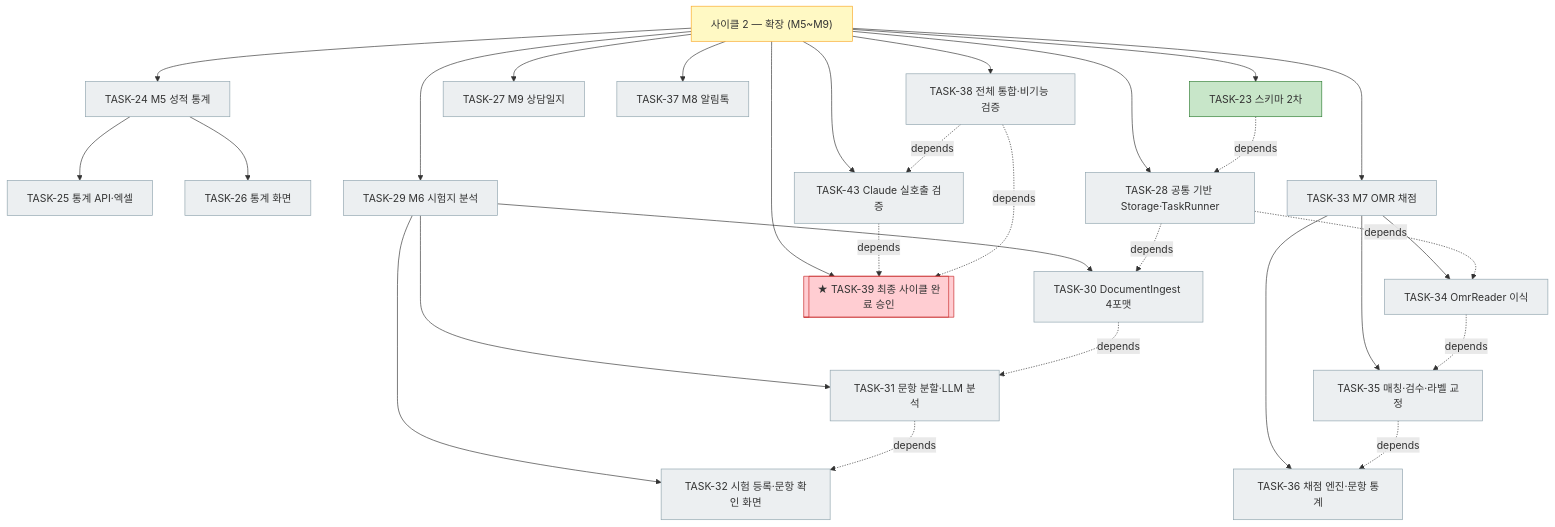
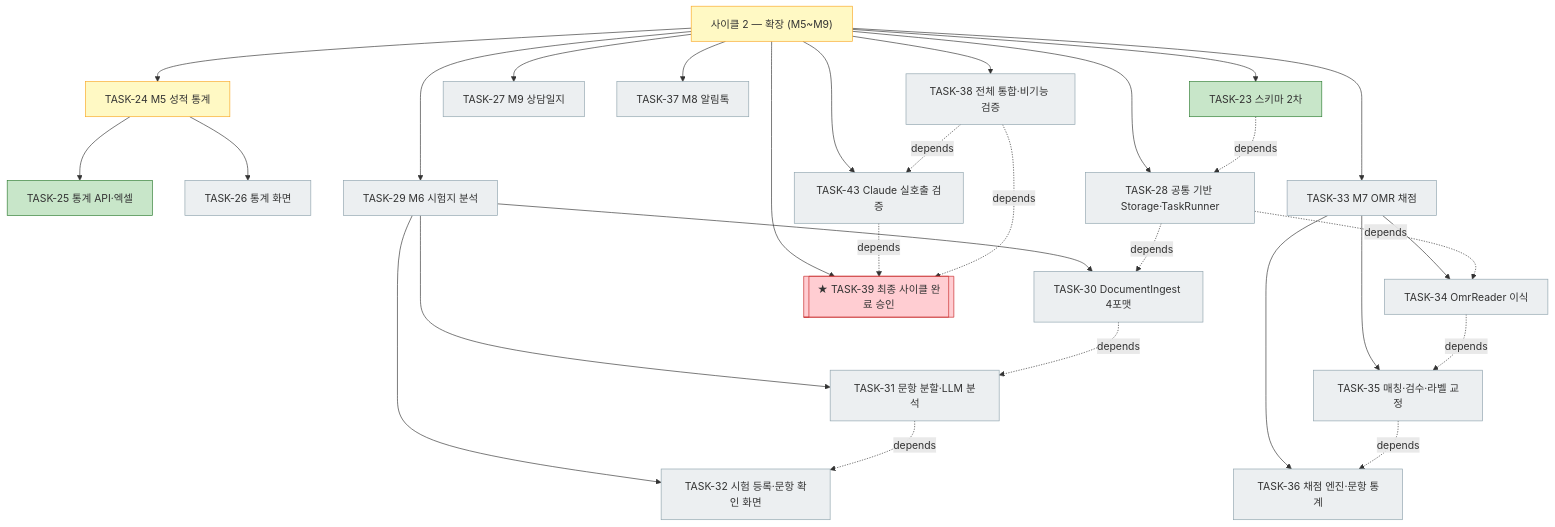
One commit to bluesky5008/mathdesk changed the third of 4 diagrams in docs/plan.md. Above: the diagram before and after it, drawn with Mermaid. The commit also changed other lines of this file and 5 other files, not shown here.

First line of the commit message:
feat(api): TASK-25 통계 집계 API와 엑셀 내보내기

````diff
--- a/docs/plan.md
+++ b/docs/plan.md
@@ -184,36 +184,36 @@
 ```mermaid
 flowchart TD
     C2["사이클 2 — 확장 (M5~M9)"]:::active
     C2 --> T23["TASK-23 스키마 2차"]:::done
-    C2 --> T24["TASK-24 M5 성적 통계"]:::todo
-    T24 --> T25["TASK-25 통계 API·엑셀"]:::todo
+    C2 --> T24["TASK-24 M5 성적 통계"]:::active
+    T24 --> T25["TASK-25 통계 API·엑셀"]:::done
     T24 --> T26["TASK-26 통계 화면"]:::todo
     C2 --> T27["TASK-27 M9 상담일지"]:::todo
     C2 --> T28["TASK-28 공통 기반 Storage·TaskRunner"]:::todo
     C2 --> T29["TASK-29 M6 시험지 분석"]:::todo
     T29 --> T30["TASK-30 DocumentIngest 4포맷"]:::todo
     T29 --> T31["TASK-31 문항 분할·LLM 분석"]:::todo
     T29 --> T32["TASK-32 시험 등록·문항 확인 화면"]:::todo
     C2 --> T33["TASK-33 M7 OMR 채점"]:::todo
     T33 --> T34["TASK-34 OmrReader 이식"]:::todo
     T33 --> T35["TASK-35 매칭·검수·라벨 교정"]:::todo
     T33 --> T36["TASK-36 채점 엔진·문항 통계"]:::todo
     C2 --> T37["TASK-37 M8 알림톡"]:::todo
     C2 --> T38["TASK-38 전체 통합·비기능 검증"]:::todo
     C2 --> T43["TASK-43 Claude 실호출 검증"]:::todo
     C2 --> T39[["★ TASK-39 최종 사이클 완료 승인"]]:::gate
     T23 -. depends .-> T28
     T28 -. depends .-> T30
     T30 -. depends .-> T31
     T31 -. depends .-> T32
     T28 -. depends .-> T34
     T34 -. depends .-> T35
     T35 -. depends .-> T36
     T38 -. depends .-> T43
     T43 -. depends .-> T39
     T38 -. depends .-> T39
     classDef done fill:#c8e6c9,stroke:#2e7d32
     classDef active fill:#fff9c4,stroke:#f9a825
     classDef todo fill:#eceff1,stroke:#90a4ae
     classDef gate fill:#ffcdd2,stroke:#c62828
 ```
````
